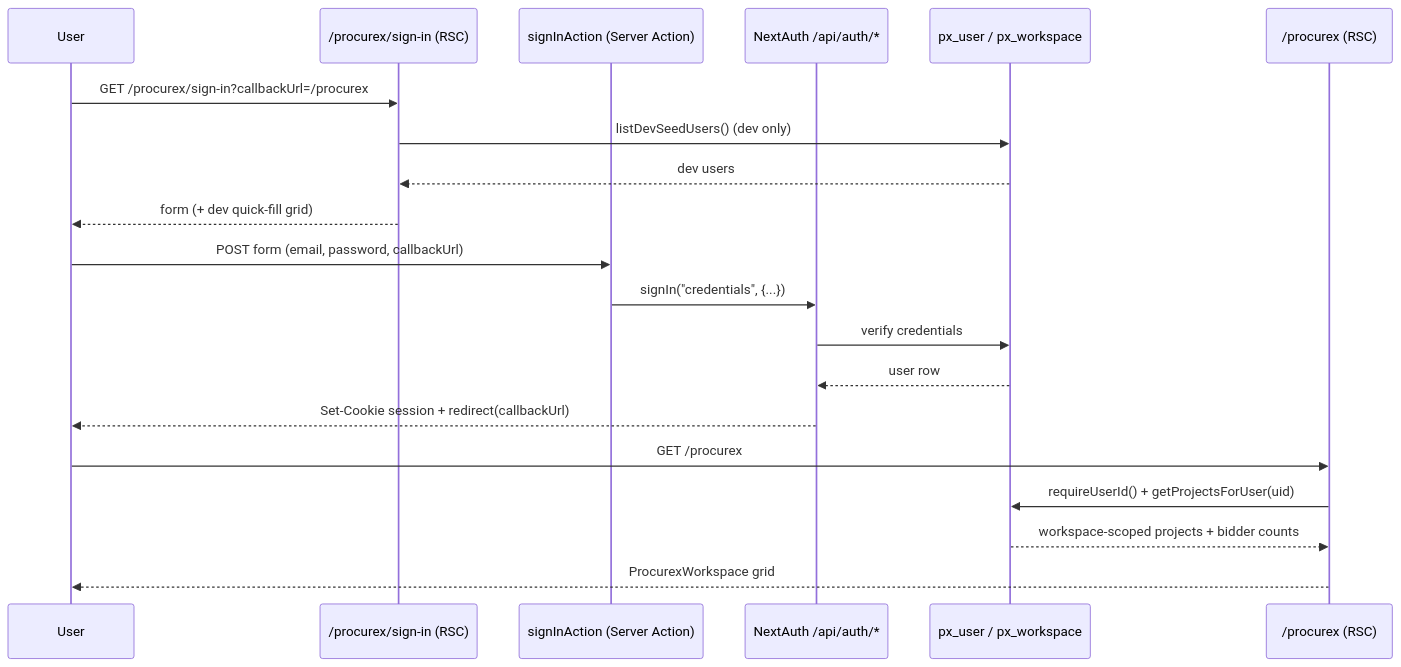
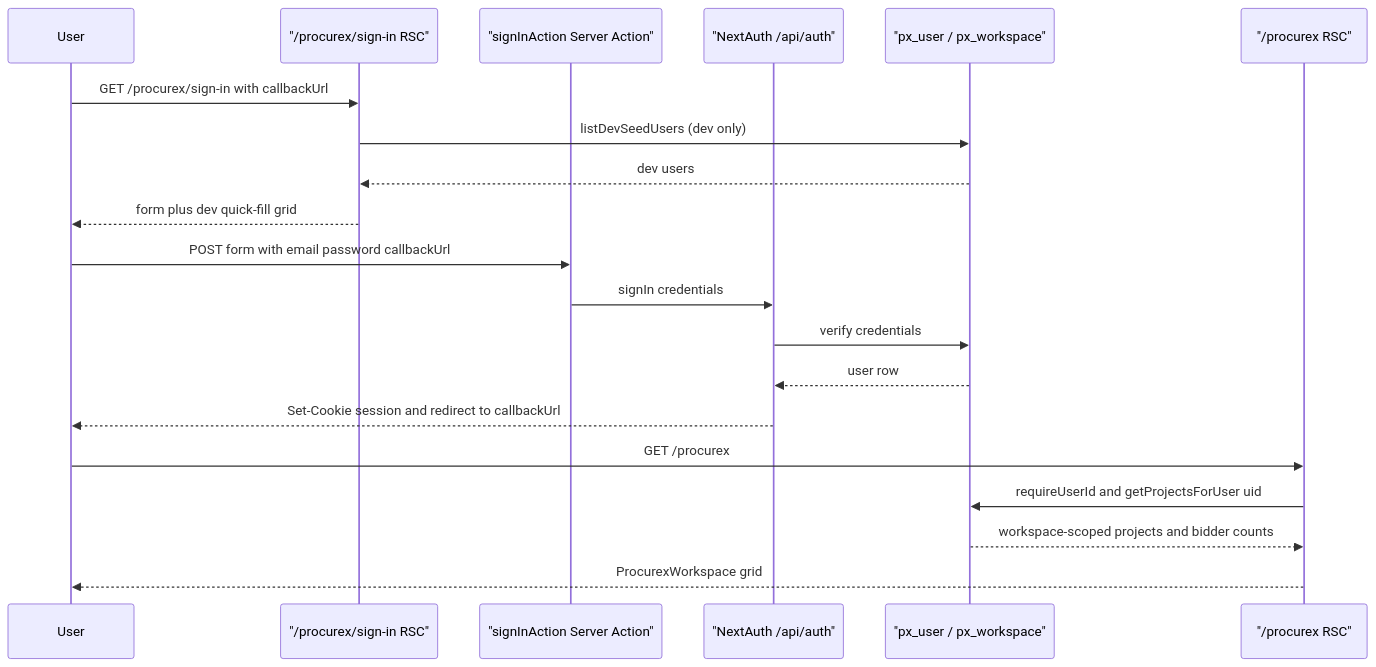
One commit to tajalagawani/BOQs-master changed the second of 2 diagrams in docs/modules/procurex/overview.md. Above: the diagram before and after it, drawn with Mermaid. The commit also changed other lines of this file and 8 other files, not shown here.

First line of the commit message:
fix(docs): mermaid 11 syntax across 18 diagrams in 9 module docs

````diff
--- a/docs/modules/procurex/overview.md
+++ b/docs/modules/procurex/overview.md
@@ -217,23 +217,23 @@
 ```mermaid
 sequenceDiagram
   participant U as User
-  participant Page as /procurex/sign-in (RSC)
-  participant Action as signInAction (Server Action)
-  participant NextAuth as NextAuth /api/auth/*
-  participant DB as px_user / px_workspace
-  participant Home as /procurex (RSC)
+  participant Page as "/procurex/sign-in RSC"
+  participant Action as "signInAction Server Action"
+  participant NextAuth as "NextAuth /api/auth"
+  participant DB as "px_user / px_workspace"
+  participant Home as "/procurex RSC"
 
-  U->>Page: GET /procurex/sign-in?callbackUrl=/procurex
-  Page->>DB: listDevSeedUsers() (dev only)
+  U->>Page: GET /procurex/sign-in with callbackUrl
+  Page->>DB: listDevSeedUsers (dev only)
   DB-->>Page: dev users
-  Page-->>U: form (+ dev quick-fill grid)
-  U->>Action: POST form (email, password, callbackUrl)
-  Action->>NextAuth: signIn("credentials", {...})
+  Page-->>U: form plus dev quick-fill grid
+  U->>Action: POST form with email password callbackUrl
+  Action->>NextAuth: signIn credentials
   NextAuth->>DB: verify credentials
   DB-->>NextAuth: user row
-  NextAuth-->>U: Set-Cookie session + redirect(callbackUrl)
+  NextAuth-->>U: Set-Cookie session and redirect to callbackUrl
   U->>Home: GET /procurex
-  Home->>DB: requireUserId() + getProjectsForUser(uid)
-  DB-->>Home: workspace-scoped projects + bidder counts
+  Home->>DB: requireUserId and getProjectsForUser uid
+  DB-->>Home: workspace-scoped projects and bidder counts
   Home-->>U: ProcurexWorkspace grid
 ```
````
